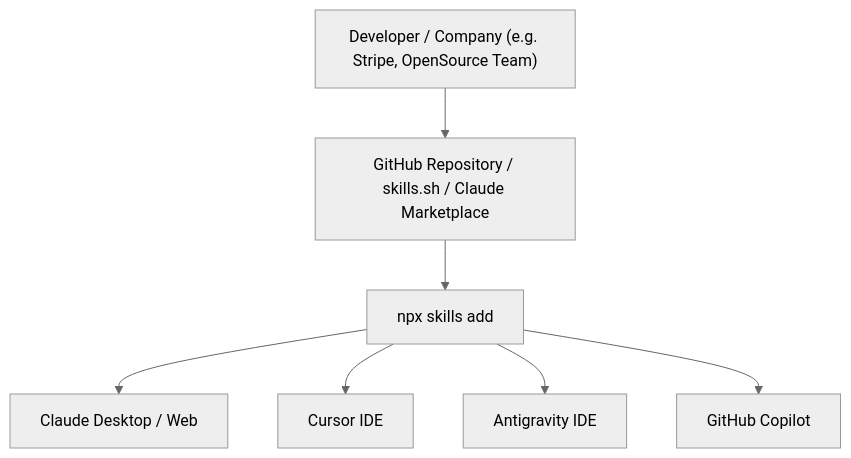
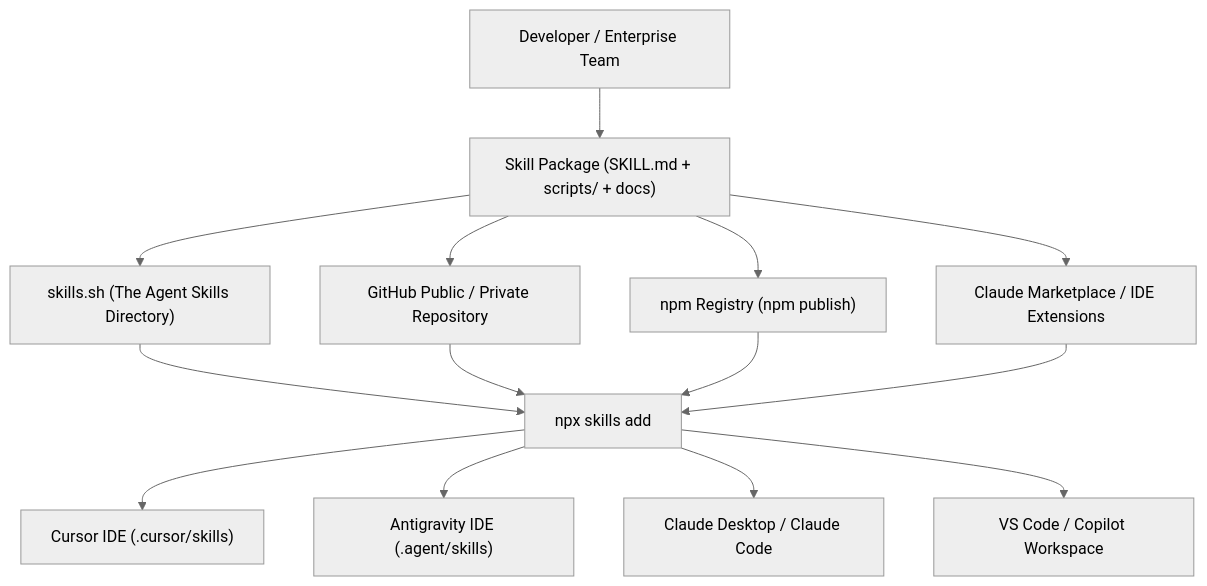
One commit to mohammedsaif001/full-stack-engineering-notes changed the diagram in 13-genai/16-Claude-Skills-Architecture-Packaging-And-Skills-vs-MCP.md. Above: the diagram before and after it, drawn with Mermaid (neutral theme). The commit also changed other lines of this file and 1 other file, not shown here.

Commit message:
Updating notes on claude skills

````diff
--- a/13-genai/16-Claude-Skills-Architecture-Packaging-And-Skills-vs-MCP.md
+++ b/13-genai/16-Claude-Skills-Architecture-Packaging-And-Skills-vs-MCP.md
@@ -191,11 +235,19 @@
 ```mermaid
 flowchart TD
-    Author["Developer / Company (e.g. Stripe, OpenSource Team)"] --> Repo["GitHub Repository / skills.sh / Claude Marketplace"]
+    Dev["Developer / Enterprise Team"] --> Bundle["Skill Package (SKILL.md + scripts/ + docs)"]
     
-    Repo --> Installer["npx skills add <repo_name>"]
+    Bundle --> Pub1["skills.sh (The Agent Skills Directory)"]
+    Bundle --> Pub2["GitHub Public / Private Repository"]
+    Bundle --> Pub3["npm Registry (npm publish)"]
+    Bundle --> Pub4["Claude Marketplace / IDE Extensions"]
     
-    Installer --> Host1["Claude Desktop / Web"]
-    Installer --> Host2["Cursor IDE"]
-    Installer --> Host3["Antigravity IDE"]
-    Installer --> Host4["GitHub Copilot"]
+    Pub1 --> Install["npx skills add <repo_url_or_name>"]
+    Pub2 --> Install
+    Pub3 --> Install
+    Pub4 --> Install
+    
+    Install --> Client1["Cursor IDE (.cursor/skills)"]
+    Install --> Client2["Antigravity IDE (.agent/skills)"]
+    Install --> Client3["Claude Desktop / Claude Code"]
+    Install --> Client4["VS Code / Copilot Workspace"]
 ```
````
